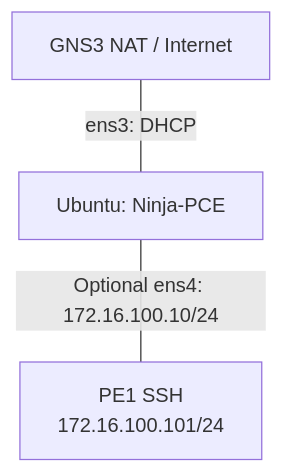
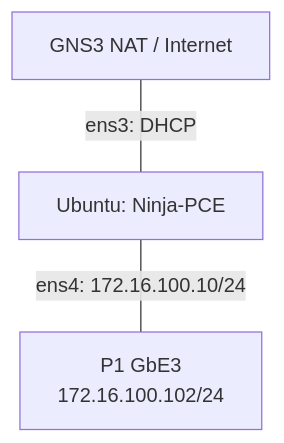
Before and after one commit to luora/ninja-pce: the second of 2 diagrams in docs/gns3_validation.md, drawn with Mermaid. The commit also changed other lines of this file, not shown here.

````diff
--- a/docs/gns3_validation.md
+++ b/docs/gns3_validation.md
@@ -339,7 +358,7 @@
 ```mermaid
 flowchart TB
     NAT["GNS3 NAT / Internet"]
     PCE["Ubuntu: Ninja-PCE"]
     NAT ---|"ens3: DHCP"| PCE
-    PCE ---|"Optional ens4: 172.16.100.10/24"| PE1["PE1 SSH<br/>172.16.100.101/24"]
+    PCE ---|"ens4: 172.16.100.10/24"| P1["P1 GbE3<br/>172.16.100.102/24"]
 ```
````
